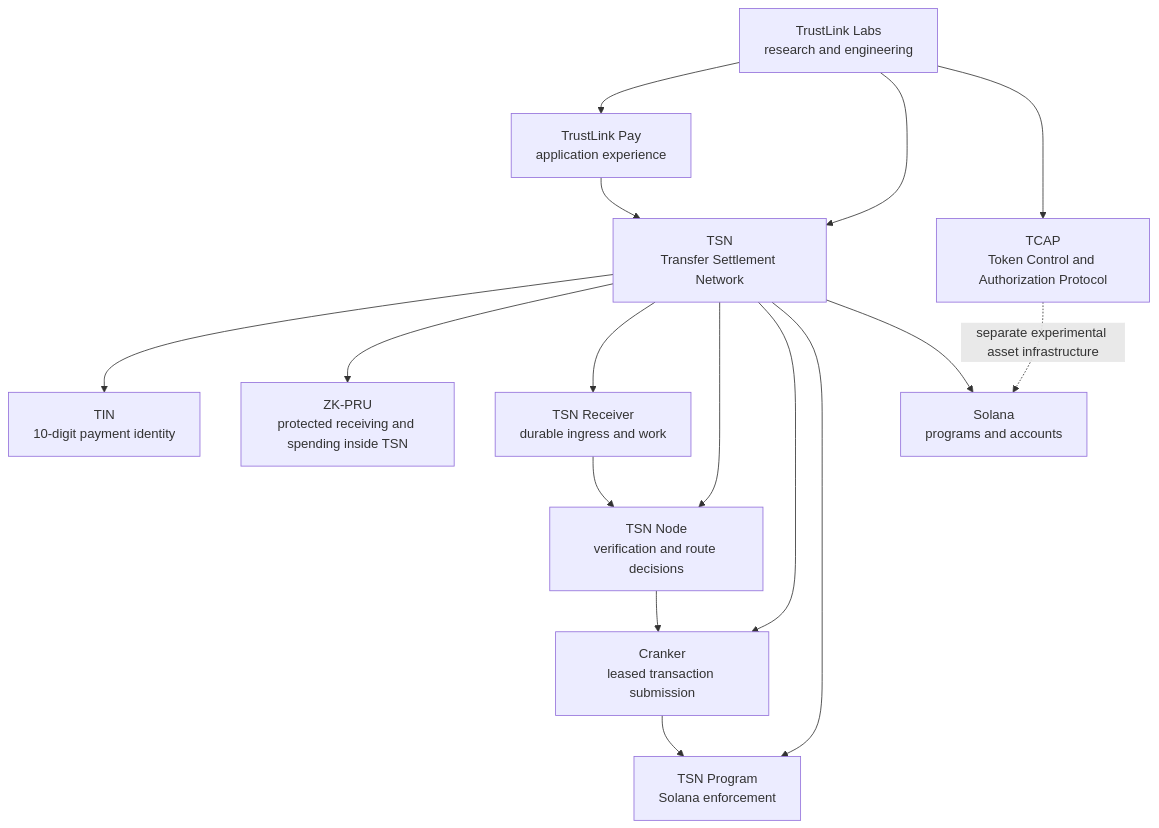
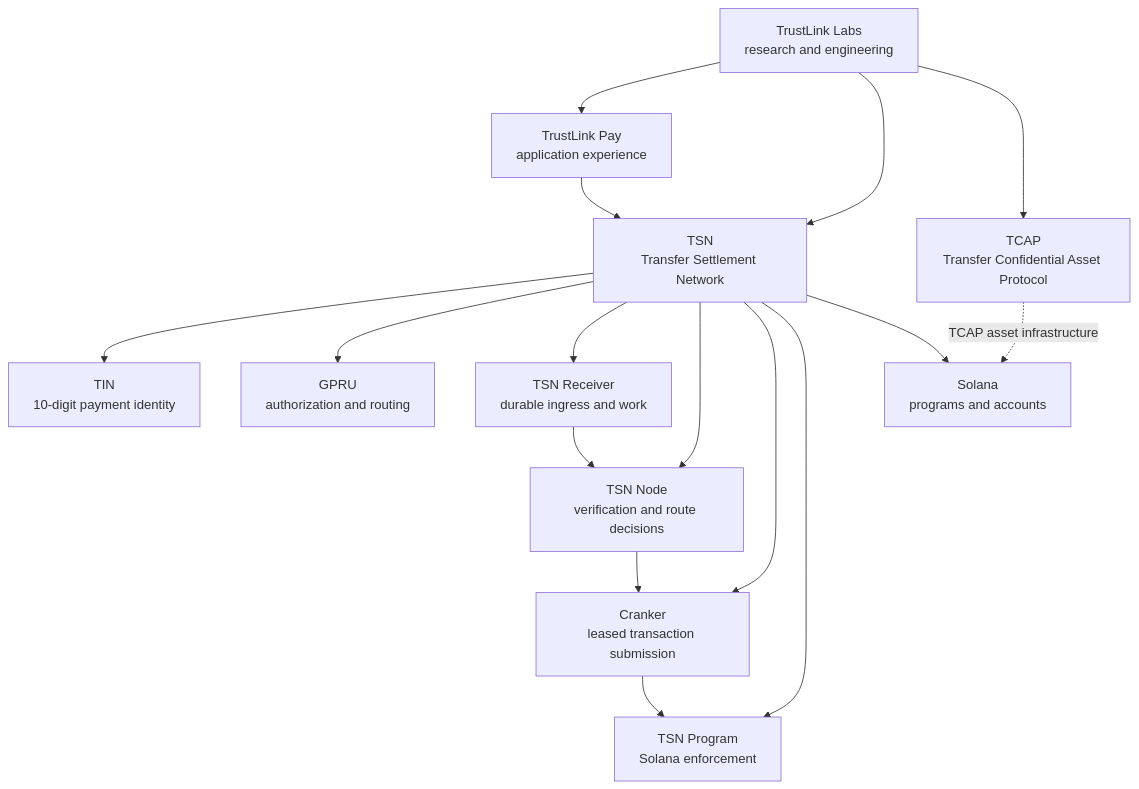
Before and after one commit to bigdreamsweb3/trustlink-pay: the first of 2 diagrams in docs/TRUSTLINK-LABS-ORG-PROFILE.md, drawn with Mermaid. The commit also changed other lines of this file and 92 other files, not shown here.

````diff
--- a/docs/TRUSTLINK-LABS-ORG-PROFILE.md
+++ b/docs/TRUSTLINK-LABS-ORG-PROFILE.md
@@ -25,27 +25,27 @@
 ```mermaid
 flowchart TD
   LAB[TrustLink Labs<br/>research and engineering]
   PAY[TrustLink Pay<br/>application experience]
   TSN[TSN<br/>Transfer Settlement Network]
   TIN[TIN<br/>10-digit payment identity]
-  ZK[ZK-PRU<br/>protected receiving and spending inside TSN]
+  G[GPRU<br/>authorization and routing]
   R[TSN Receiver<br/>durable ingress and work]
   N[TSN Node<br/>verification and route decisions]
   C[Cranker<br/>leased transaction submission]
   P[TSN Program<br/>Solana enforcement]
-  TCAP[TCAP<br/>Token Control and Authorization Protocol]
+  TCAP[TCAP<br/>Transfer Confidential Asset Protocol]
   SOL[Solana<br/>programs and accounts]
   LAB --> PAY
   LAB --> TSN
   LAB --> TCAP
   PAY --> TSN
   TSN --> TIN
-  TSN --> ZK
+  TSN --> G
   TSN --> R
   TSN --> N
   TSN --> C
   TSN --> P
   R --> N --> C --> P
-  TCAP -. separate experimental asset infrastructure .-> SOL
+  TCAP -. TCAP asset infrastructure .-> SOL
   TSN --> SOL
 ```
````
